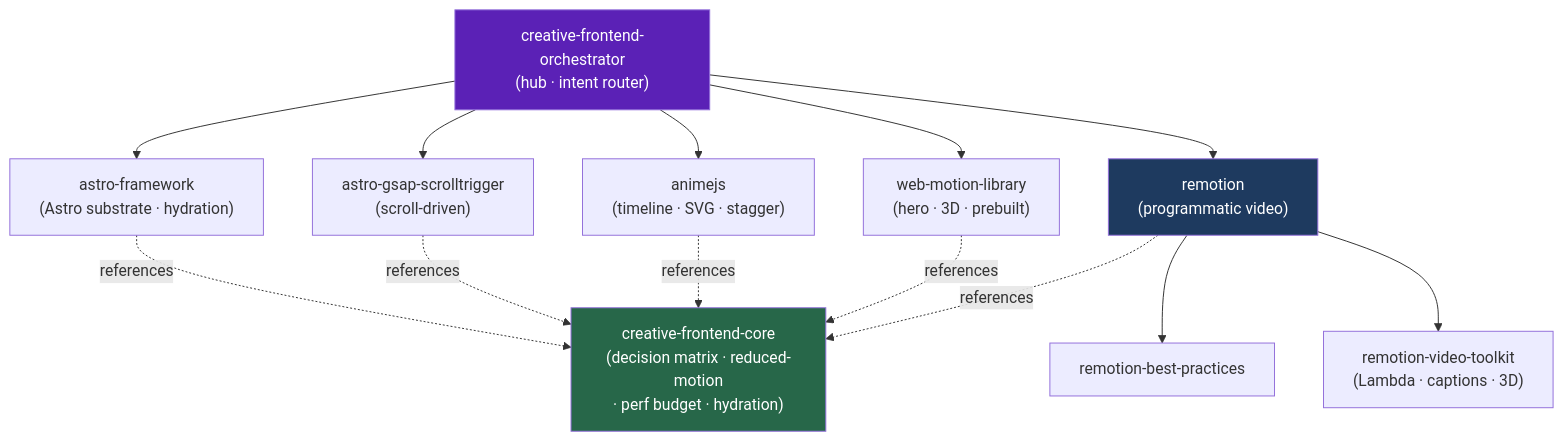
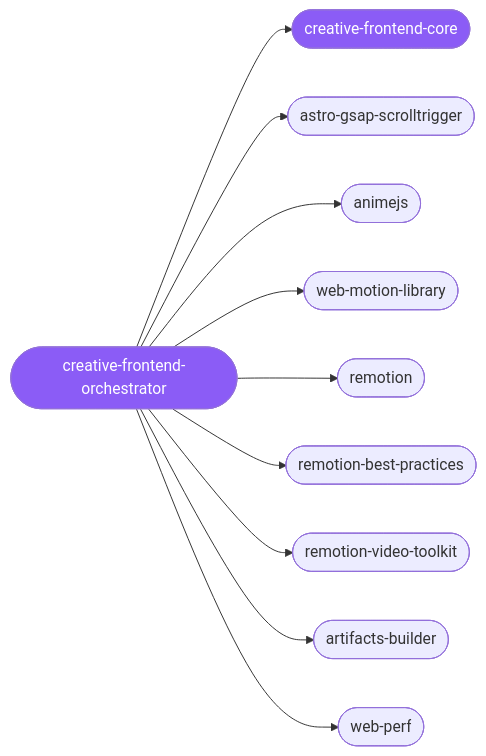
Before and after one commit to Sheshiyer/skill-clusters: the diagram in clusters/creative-frontend/README.md, drawn with Mermaid. The commit also changed other lines of this file and 44 other files, not shown here.

````diff
--- a/clusters/creative-frontend/README.md
+++ b/clusters/creative-frontend/README.md
@@ -31,20 +18,13 @@
 ```mermaid
-graph TD
-    O["creative-frontend-orchestrator<br/>(hub · intent router)"]
-    O --> A["astro-framework<br/>(Astro substrate · hydration)"]
-    O --> G["astro-gsap-scrolltrigger<br/>(scroll-driven)"]
-    O --> J["animejs<br/>(timeline · SVG · stagger)"]
-    O --> W["web-motion-library<br/>(hero · 3D · prebuilt)"]
-    O --> R["remotion<br/>(programmatic video)"]
-    R --> RB["remotion-best-practices"]
-    R --> RT["remotion-video-toolkit<br/>(Lambda · captions · 3D)"]
-    A -. references .-> C["creative-frontend-core<br/>(decision matrix · reduced-motion<br/>· perf budget · hydration)"]
-    G -. references .-> C
-    J -. references .-> C
-    W -. references .-> C
-    R -. references .-> C
-
-    style O fill:#5b21b6,color:#fff
-    style C fill:#276749,color:#fff
-    style R fill:#1e3a5f,color:#fff
+graph LR
+  o([creative-frontend-orchestrator]):::hub --> c([creative-frontend-core]):::hub
+  o --> s1([astro-gsap-scrolltrigger])
+  o --> s2([animejs])
+  o --> s3([web-motion-library])
+  o --> s4([remotion])
+  o --> s5([remotion-best-practices])
+  o --> s6([remotion-video-toolkit])
+  o --> s7([artifacts-builder])
+  o --> s8([web-perf])
+  classDef hub fill:#8b5cf6,color:#fff;
 ```
````
